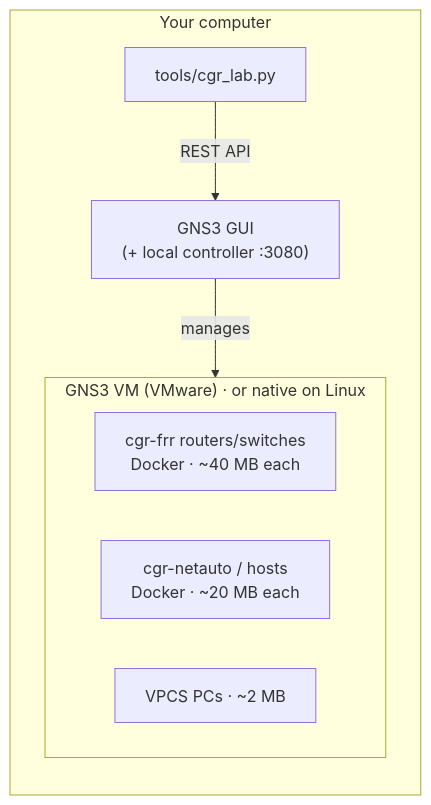
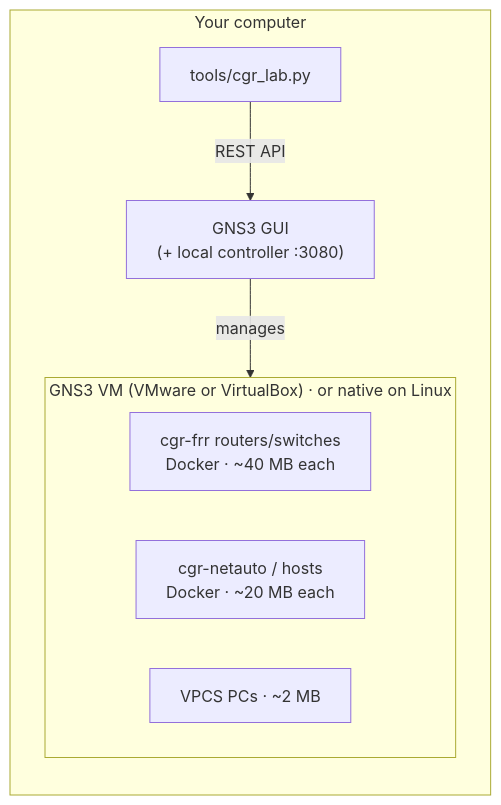
The first of 2 diagrams in docs/00-overview.md (cgr-fct/cgr-gns3-lab), drawn with Mermaid before and after one commit. The commit also changed 6 other files, not shown here.

First line of the commit message:
VirtualBox option for Windows and macOS; Apple Silicon Fusion steps from the two ARM64 disks; cgr_lab picks a Docker-capable remote compute

````diff
--- a/docs/00-overview.md
+++ b/docs/00-overview.md
@@ -3,14 +3,14 @@
 ```mermaid
 graph LR
   subgraph laptop["Your computer"]
     gui["GNS3 GUI<br/>(+ local controller :3080)"]
     tool["tools/cgr_lab.py"]
-    subgraph vm["GNS3 VM (VMware)  ·  or native on Linux"]
+    subgraph vm["GNS3 VM (VMware or VirtualBox)  ·  or native on Linux"]
       frr["cgr-frr routers/switches<br/>Docker · ~40 MB each"]
       na["cgr-netauto / hosts<br/>Docker · ~20 MB each"]
       vpcs["VPCS PCs · ~2 MB"]
     end
   end
   tool -- "REST API" --> gui
   gui -- "manages" --> vm
 ```
````
